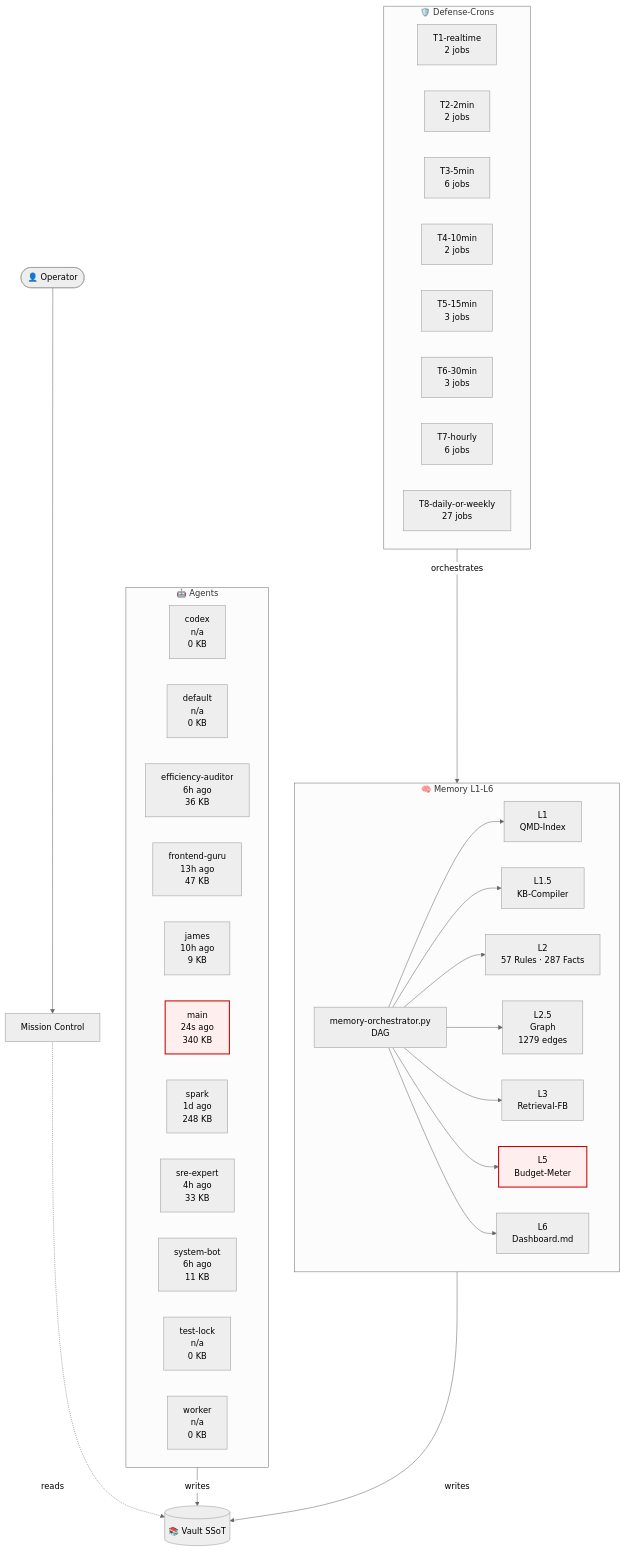
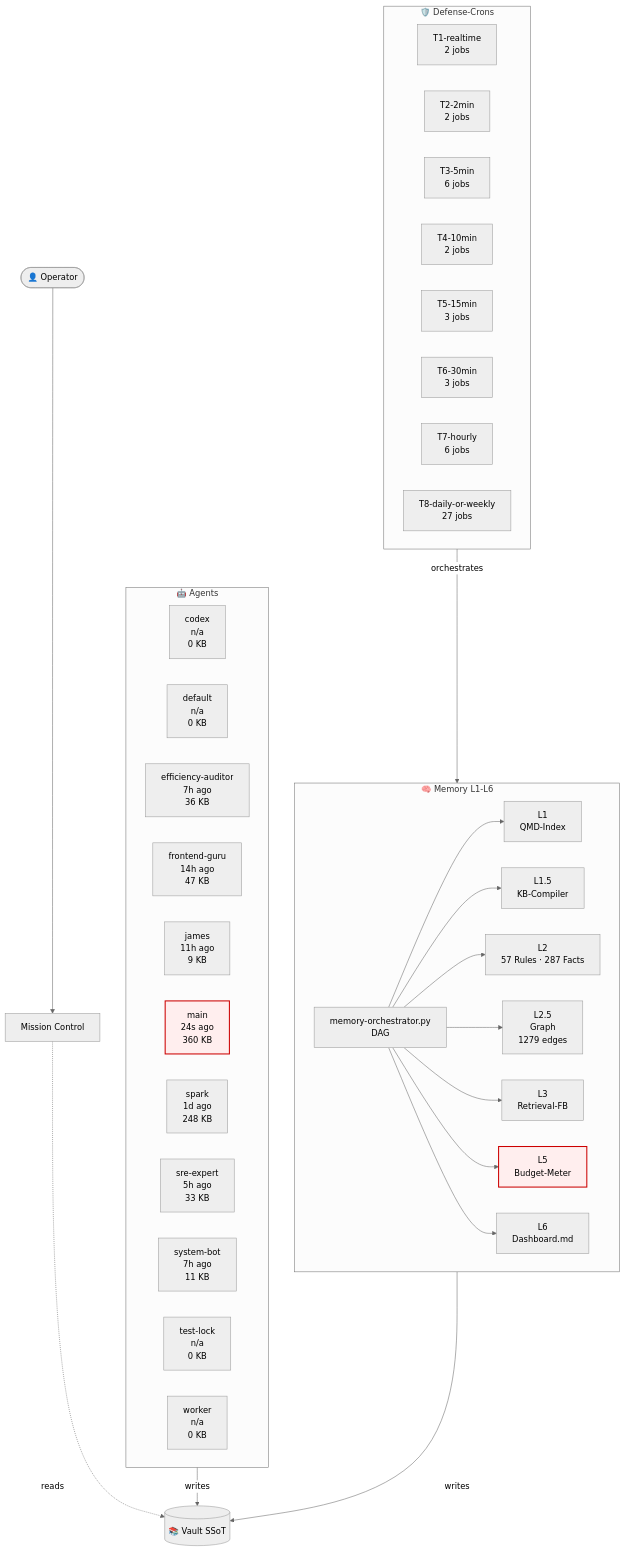
The diagram in 03-Agents/architecture-live.md (lenardhuebner88-rgb/openclaw-memory), drawn with Mermaid (neutral theme) before and after one commit. The commit also changed other lines of this file and 1 other file, not shown here.

````diff
--- a/03-Agents/architecture-live.md
+++ b/03-Agents/architecture-live.md
@@ -18,54 +18,54 @@
 ```mermaid
 flowchart TB
     classDef critical fill:#fee,stroke:#c00,stroke-width:2px;
     subgraph AGT["🤖 Agents"]
         agent_codex["codex<br/>n/a<br/>0 KB"]
         agent_default["default<br/>n/a<br/>0 KB"]
-        agent_efficiency_auditor["efficiency-auditor<br/>6h ago<br/>36 KB"]
-        agent_frontend_guru["frontend-guru<br/>13h ago<br/>47 KB"]
-        agent_james["james<br/>10h ago<br/>9 KB"]
-        agent_main["main<br/>24s ago<br/>340 KB"]
+        agent_efficiency_auditor["efficiency-auditor<br/>7h ago<br/>36 KB"]
+        agent_frontend_guru["frontend-guru<br/>14h ago<br/>47 KB"]
+        agent_james["james<br/>11h ago<br/>9 KB"]
+        agent_main["main<br/>24s ago<br/>360 KB"]
         agent_spark["spark<br/>1d ago<br/>248 KB"]
-        agent_sre_expert["sre-expert<br/>4h ago<br/>33 KB"]
-        agent_system_bot["system-bot<br/>6h ago<br/>11 KB"]
+        agent_sre_expert["sre-expert<br/>5h ago<br/>33 KB"]
+        agent_system_bot["system-bot<br/>7h ago<br/>11 KB"]
         agent_test_lock["test-lock<br/>n/a<br/>0 KB"]
         agent_worker["worker<br/>n/a<br/>0 KB"]
     end
     subgraph MEM["🧠 Memory L1-L6"]
         L1["L1<br/>QMD-Index"]
         L15["L1.5<br/>KB-Compiler"]
         L2["L2<br/>57 Rules · 287 Facts"]
         L25["L2.5<br/>Graph<br/>1279 edges"]
         L3["L3<br/>Retrieval-FB"]
         L5["L5<br/>Budget-Meter"]
         L6["L6<br/>Dashboard.md"]
         ORCH["memory-orchestrator.py<br/>DAG"]
     end
     subgraph CRN["🛡️ Defense-Crons"]
         tier_T1_realtime["T1-realtime<br/>2 jobs"]
         tier_T2_2min["T2-2min<br/>2 jobs"]
         tier_T3_5min["T3-5min<br/>6 jobs"]
         tier_T4_10min["T4-10min<br/>2 jobs"]
         tier_T5_15min["T5-15min<br/>3 jobs"]
         tier_T6_30min["T6-30min<br/>3 jobs"]
         tier_T7_hourly["T7-hourly<br/>6 jobs"]
         tier_T8_daily_or_weekly["T8-daily-or-weekly<br/>27 jobs"]
     end
     VAULT[("📚 Vault SSoT")]
     OP([👤 Operator])
     MC["Mission Control"]
     OP --> MC
     MC -.reads.-> VAULT
     AGT -->|writes| VAULT
     MEM -->|writes| VAULT
     ORCH --> L1
     ORCH --> L15
     ORCH --> L2
     ORCH --> L25
     ORCH --> L3
     ORCH --> L5
     ORCH --> L6
     CRN -->|orchestrates| MEM
     class L5 critical
     class agent_main critical
 ```
````
